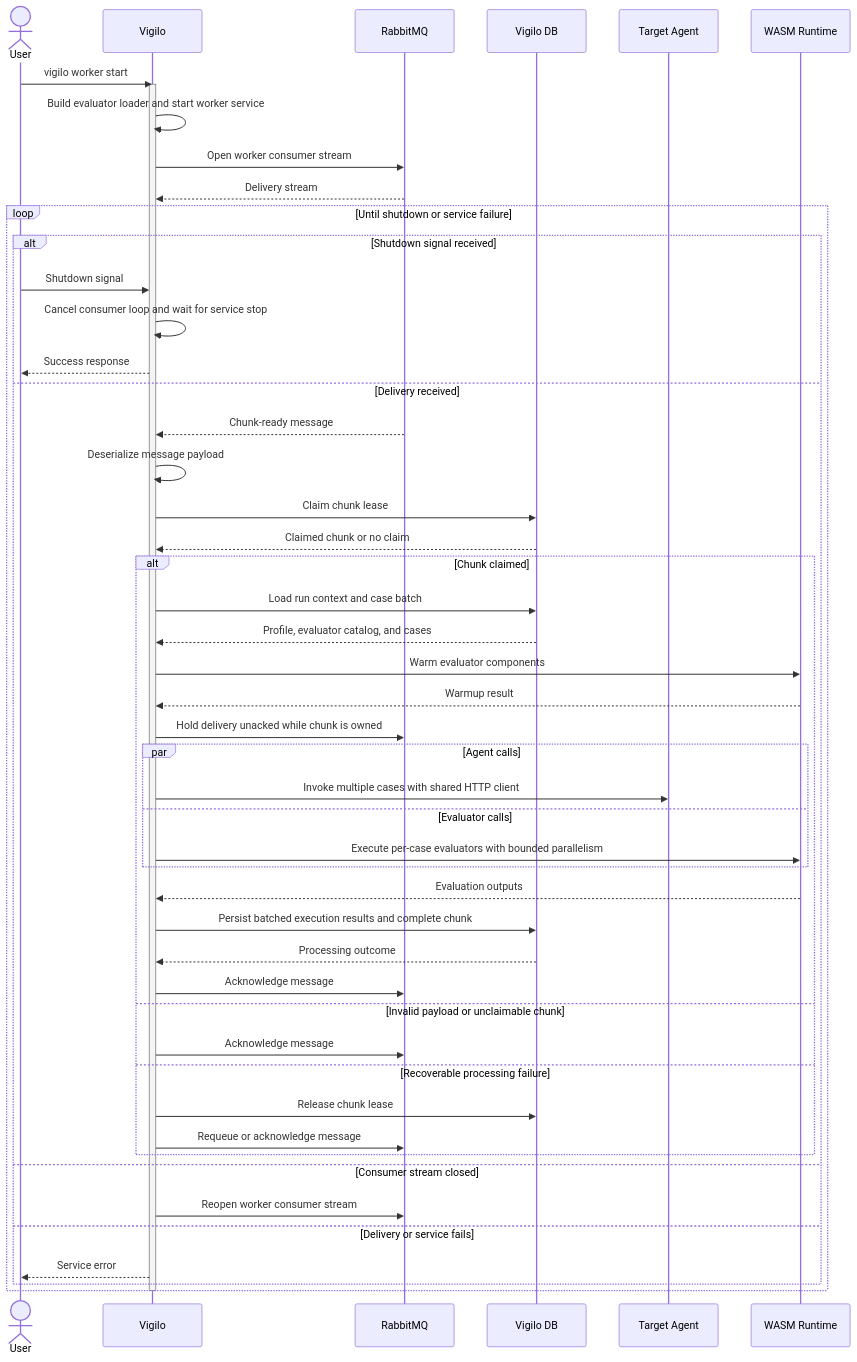
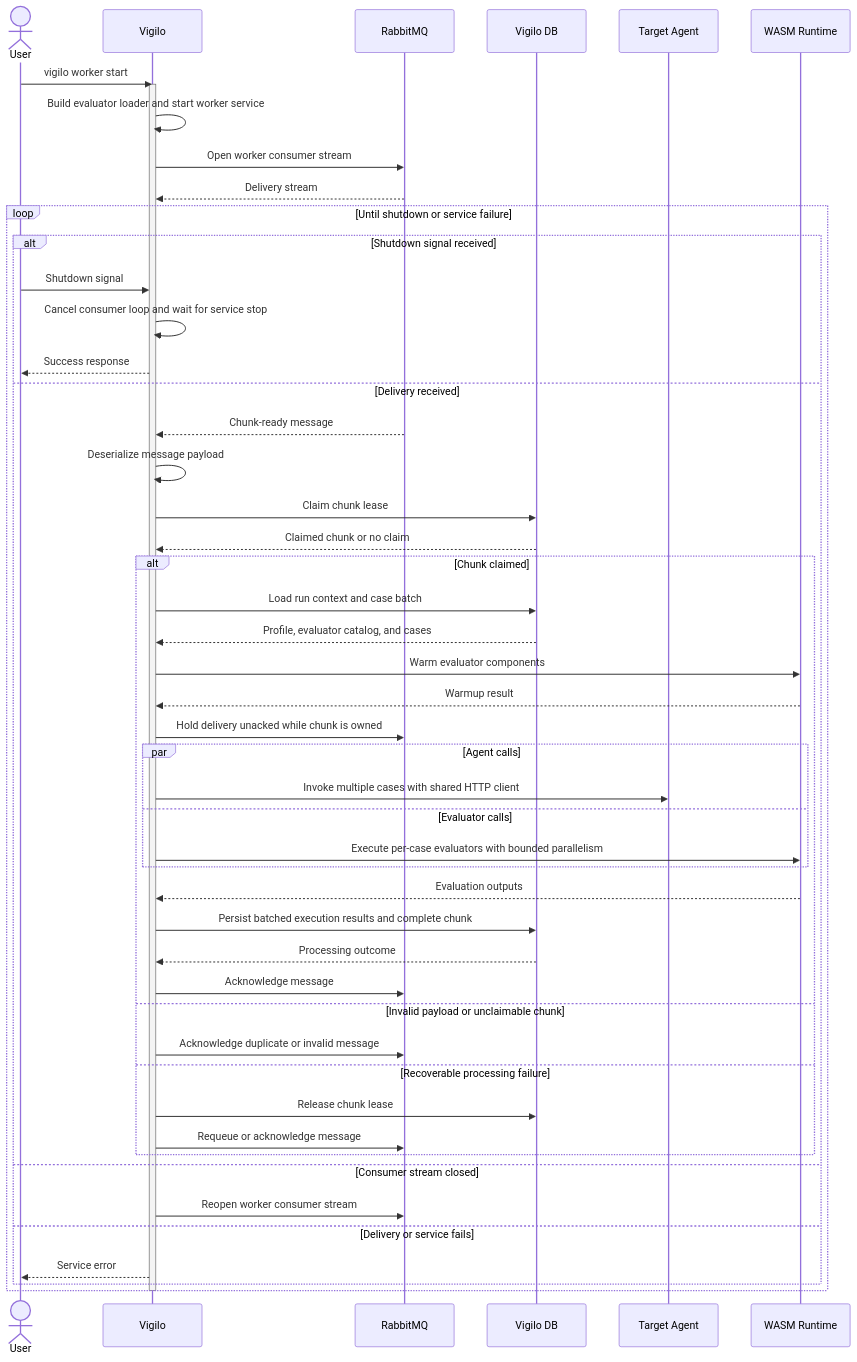
The diagram in web/docs/architecture/flows/worker/start/execution-flow.mmd (gregl83/agent-vigilo), drawn with Mermaid before and after one commit. The commit also changed 17 other files, not shown here.

```diff
--- a/web/docs/architecture/flows/worker/start/execution-flow.mmd
+++ b/web/docs/architecture/flows/worker/start/execution-flow.mmd
@@ -1,61 +1,61 @@
 ---
 config:
   flowchart:
     nodeSpacing: 150
     rankSpacing: 80
   themeVariables:
     edgeLabelBackground: 'transparent'
 ---
 sequenceDiagram
     actor User
     participant Vigilo
     participant Queue as RabbitMQ
     participant DB as Vigilo DB
     participant Agent as Target Agent
     participant WASM as WASM Runtime
 
     User->>Vigilo: vigilo worker start
     activate Vigilo
     Vigilo->>Vigilo: Build evaluator loader and start worker service
     Vigilo->>Queue: Open worker consumer stream
     Queue-->>Vigilo: Delivery stream
 
     loop Until shutdown or service failure
         alt Shutdown signal received
             User->>Vigilo: Shutdown signal
             Vigilo->>Vigilo: Cancel consumer loop and wait for service stop
             Vigilo-->>User: Success response
         else Delivery received
             Queue-->>Vigilo: Chunk-ready message
             Vigilo->>Vigilo: Deserialize message payload
             Vigilo->>DB: Claim chunk lease
             DB-->>Vigilo: Claimed chunk or no claim
 
             alt Chunk claimed
                 Vigilo->>DB: Load run context and case batch
                 DB-->>Vigilo: Profile, evaluator catalog, and cases
                 Vigilo->>WASM: Warm evaluator components
                 WASM-->>Vigilo: Warmup result
                 Vigilo->>Queue: Hold delivery unacked while chunk is owned
                 par Agent calls
                     Vigilo->>Agent: Invoke multiple cases with shared HTTP client
                 and Evaluator calls
                     Vigilo->>WASM: Execute per-case evaluators with bounded parallelism
                 end
                 WASM-->>Vigilo: Evaluation outputs
                 Vigilo->>DB: Persist batched execution results and complete chunk
                 DB-->>Vigilo: Processing outcome
                 Vigilo->>Queue: Acknowledge message
             else Invalid payload or unclaimable chunk
-                Vigilo->>Queue: Acknowledge message
+                Vigilo->>Queue: Acknowledge duplicate or invalid message
             else Recoverable processing failure
                 Vigilo->>DB: Release chunk lease
                 Vigilo->>Queue: Requeue or acknowledge message
             end
         else Consumer stream closed
             Vigilo->>Queue: Reopen worker consumer stream
         else Delivery or service fails
             Vigilo-->>User: Service error
         end
     end
     deactivate Vigilo
```
